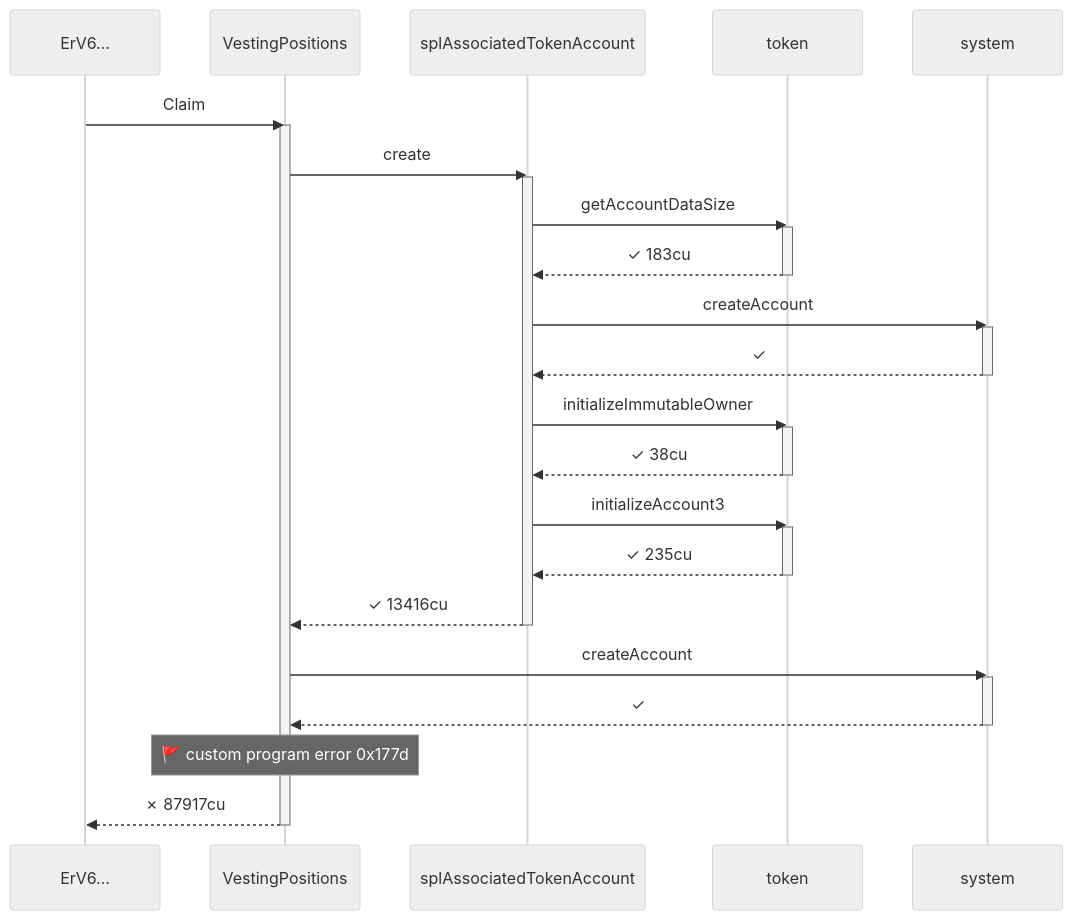
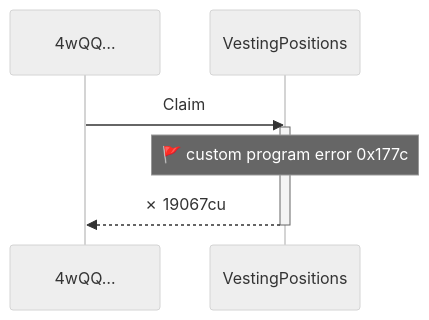
The first of 3 diagrams in babelfish-tests/test-report/scenario_4_replay_first_claim_fails.md (cds-turbin3/vesting-position), drawn with Mermaid (neutral theme) before and after one commit. The commit also changed other lines of this file and 50 other files, not shown here.

````diff
--- a/babelfish-tests/test-report/scenario_4_replay_first_claim_fails.md
+++ b/babelfish-tests/test-report/scenario_4_replay_first_claim_fails.md
@@ -5,37 +5,10 @@
 ```mermaid
 sequenceDiagram
-    participant p0 as ErV6…
+    participant p0 as 4wQQ…
     participant p1 as VestingPositions
-    participant p2 as splAssociatedTokenAccount
-    participant p3 as token
-    participant p4 as system
     p0->>p1: Claim
     activate p1
-    p1->>p2: create
-    activate p2
-    p2->>p3: getAccountDataSize
-    activate p3
-    p3-->>p2: ✓ 183cu
-    deactivate p3
-    p2->>p4: createAccount
-    activate p4
-    p4-->>p2: ✓
-    deactivate p4
-    p2->>p3: initializeImmutableOwner
-    activate p3
-    p3-->>p2: ✓ 38cu
-    deactivate p3
-    p2->>p3: initializeAccount3
-    activate p3
-    p3-->>p2: ✓ 235cu
-    deactivate p3
-    p2-->>p1: ✓ 13416cu
-    deactivate p2
-    p1->>p4: createAccount
-    activate p4
-    p4-->>p1: ✓
-    deactivate p4
-    note over p1: 🚩 custom program error  0x177d
-    p1-->>p0: ✗ 87917cu
+    note over p1: 🚩 custom program error  0x177c
+    p1-->>p0: ✗ 19067cu
     deactivate p1
 ```
````
